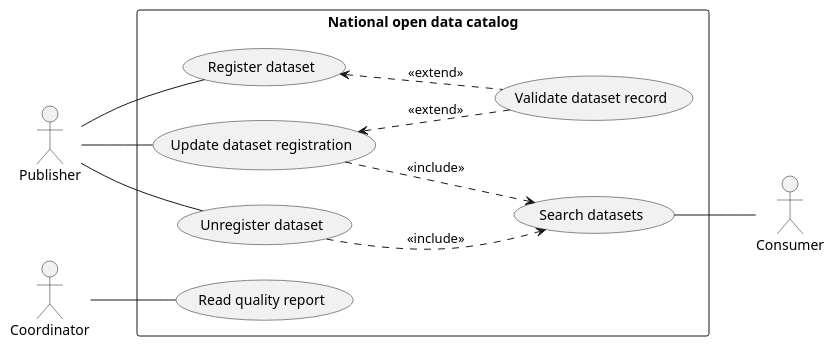
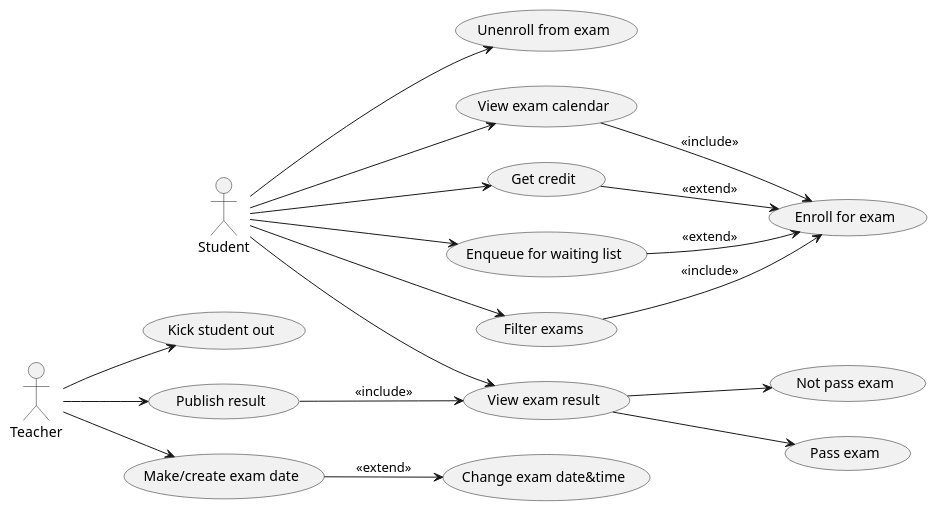
The diagram in use-case-diagram.plantuml (Shadije/nswi041-exams), drawn with PlantUML before and after one commit.

Commit message:
rework first plantuml diagram

```diff
--- a/use-case-diagram.plantuml
+++ b/use-case-diagram.plantuml
@@ -1,24 +1,38 @@
-@startuml
+@startuml UseCases1
 left to right direction
-skinparam packageStyle rectangle
-actor Publisher
-actor Consumer
-actor Coordinator
-rectangle "National open data catalog" {
-    usecase "Register dataset" as ucRegDS
-    usecase "Update dataset registration" as ucUpdateDS
-    usecase "Unregister dataset" as ucUnregDS
-    usecase "Search datasets" as ucSearchDS
-    usecase "Read quality report" as ucReadQualityReport
-    usecase "Validate dataset record" as ucValidateDS
-    Publisher -- ucRegDS
-    ucRegDS <.. ucValidateDS : <<extend>>
-    ucUpdateDS <.. ucValidateDS : <<extend>>
-    Publisher -- ucUpdateDS
-    Publisher -- ucUnregDS
-    Consumer -up- ucSearchDS
-    ucUpdateDS ..> ucSearchDS : <<include>>
-    ucUnregDS ..> ucSearchDS : <<include>>
-    Coordinator -- ucReadQualityReport
-}
+actor Student as s
+actor Teacher as t
+usecase "Enroll for exam" as SI
+usecase "Get credit" as GC1
+usecase "Enqueue for waiting list" as QWL1
+usecase "View exam calendar" as VEC1
+usecase "Filter exams" as FE1
+usecase "View exam result" as VER1
+usecase "Unenroll from exam" as SO1
+usecase "Kick student out" as KSO1
+usecase "Publish result" as PR
+usecase "Make/create exam date" as MED
+usecase "Change exam date&time" as CED
+usecase "Not pass exam" as NPE
+usecase "Pass exam" as PE
+ 
+s --> GC1
+s --> QWL1
+s --> VEC1
+s --> FE1
+s --> VER1
+s --> SO1
+
+VER1 --> NPE
+VER1 --> PE
+GC1 --> SI : <<extend>>
+VEC1 --> SI : <<include>>
+FE1 --> SI : <<include>>
+QWL1 --> SI : <<extend>>
+PR --> VER1 : <<include>>
+MED --> CED : <<extend>>
+
+t --> KSO1
+t --> PR
+t --> MED
 @enduml
```
